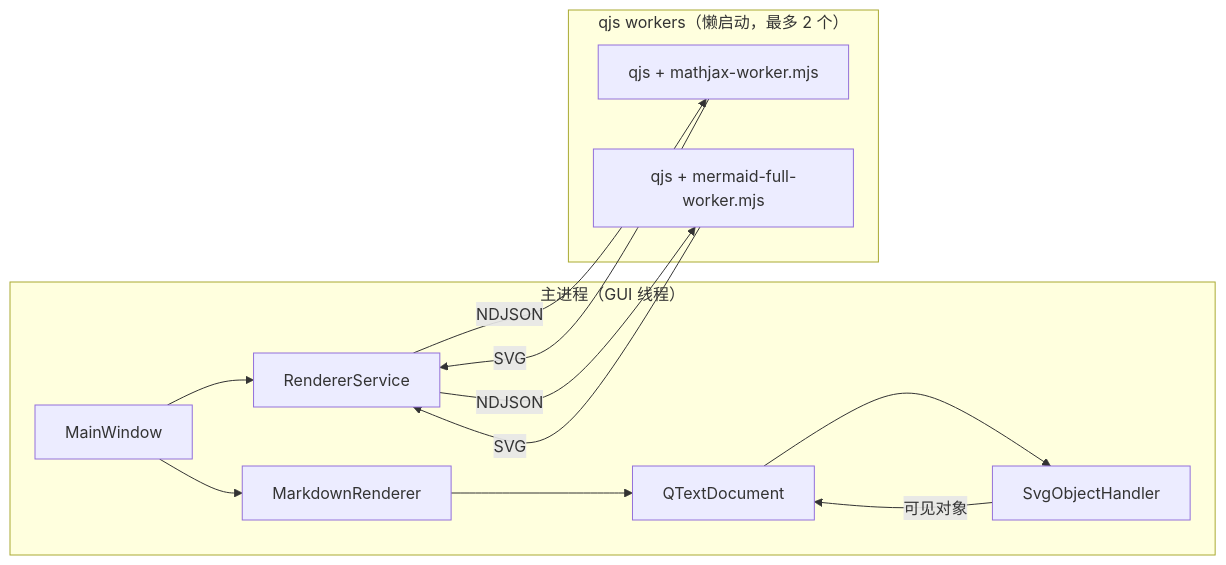
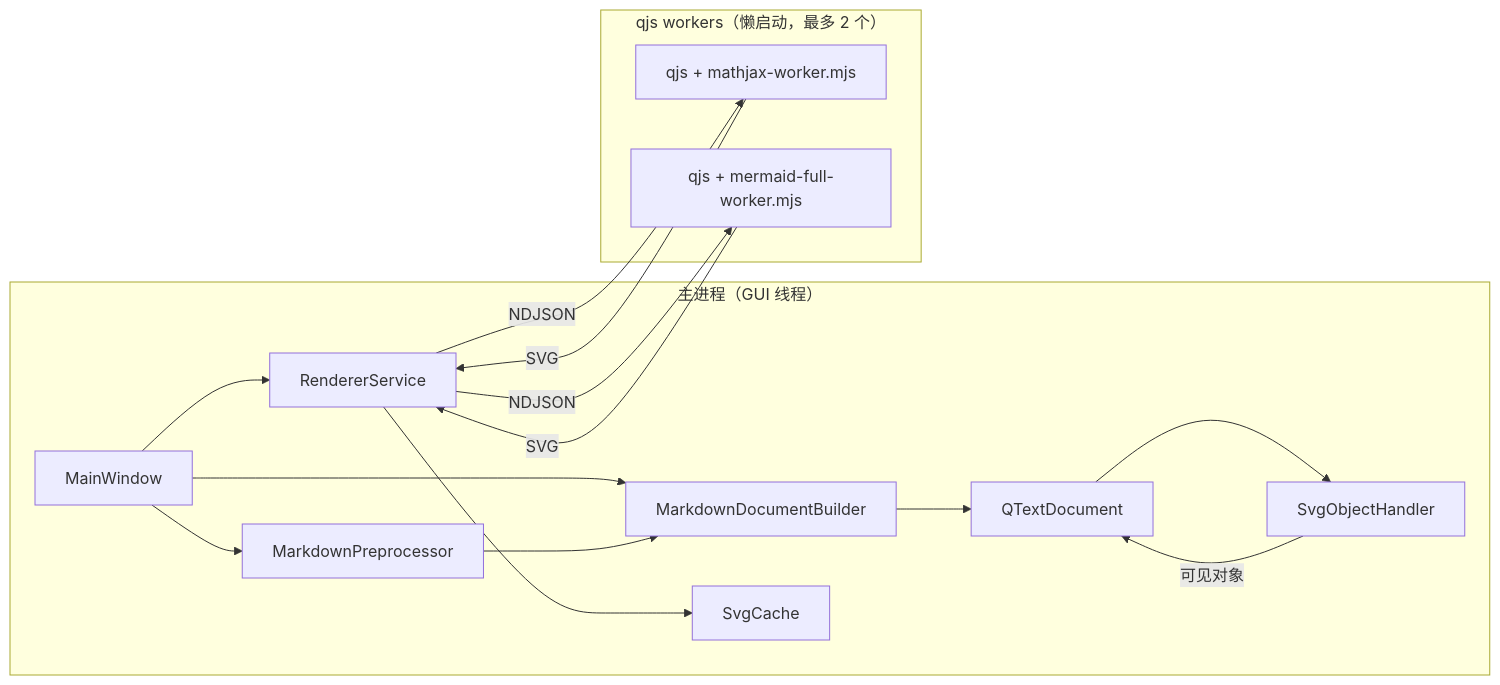
One commit to iLogIng/qt-rich-text-renderer changed the ninth of 9 diagrams in docs/FLOW.md. Above: the diagram before and after it, drawn with Mermaid. The commit also changed other lines of this file and 3 other files, not shown here.

````diff
--- a/docs/FLOW.md
+++ b/docs/FLOW.md
@@ -248,25 +249,30 @@
 ```mermaid
 flowchart LR
     subgraph GUI["主进程（GUI 线程）"]
         MW["MainWindow"]
+        MP["MarkdownPreprocessor"]
+        MDB["MarkdownDocumentBuilder"]
         RS["RendererService"]
-        MR["MarkdownRenderer"]
+        SC["SvgCache"]
         OH["SvgObjectHandler"]
         TD["QTextDocument"]
     end
 
     subgraph WORKERS["qjs workers（懒启动，最多 2 个）"]
         Q1["qjs + mathjax-worker.mjs"]
         Q2["qjs + mermaid-full-worker.mjs"]
     end
 
-    MW --> MR
+    MW --> MP
     MW --> RS
-    MR --> TD
+    RS --> SC
+    MW --> MDB
+    MP --> MDB
+    MDB --> TD
     TD --> OH
     OH -->|"可见对象"| TD
     RS -->|"NDJSON"| Q1
     RS -->|"NDJSON"| Q2
     Q1 -->|"SVG"| RS
     Q2 -->|"SVG"| RS
 ```
````
